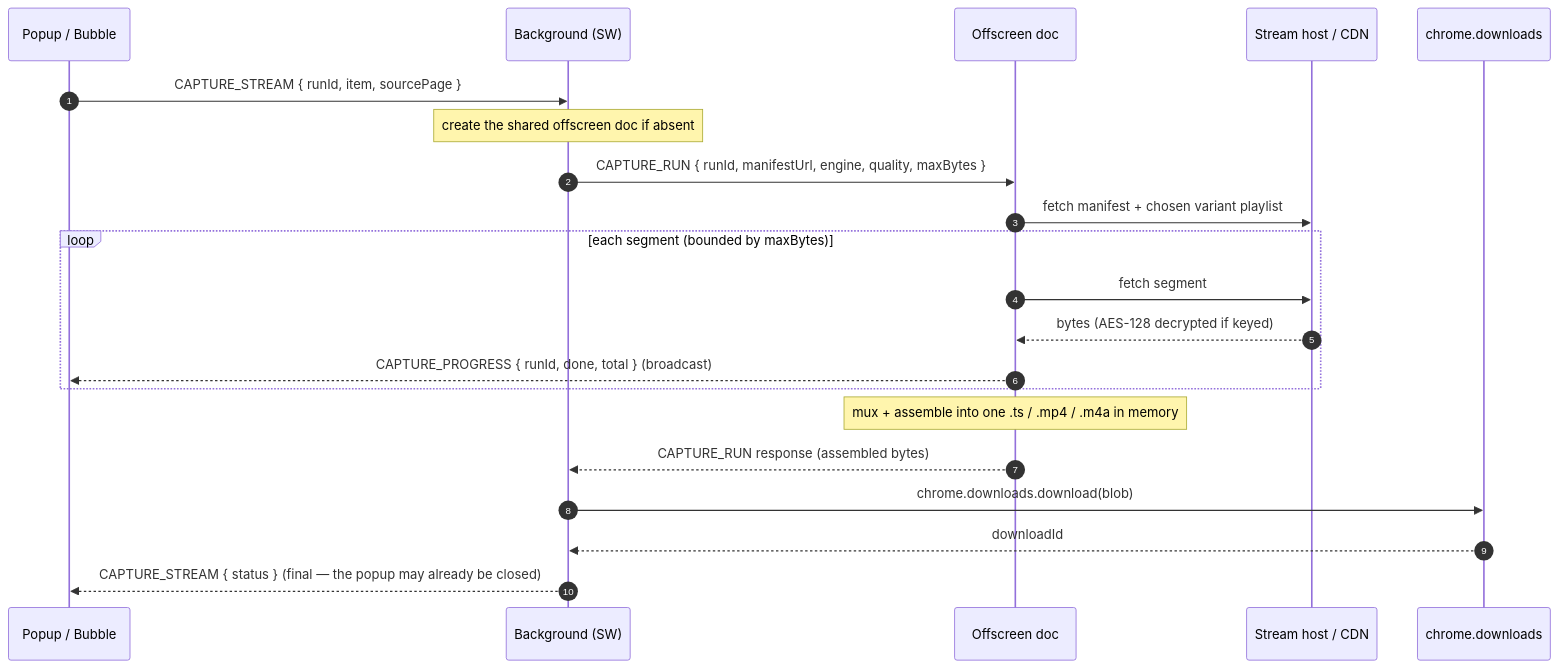
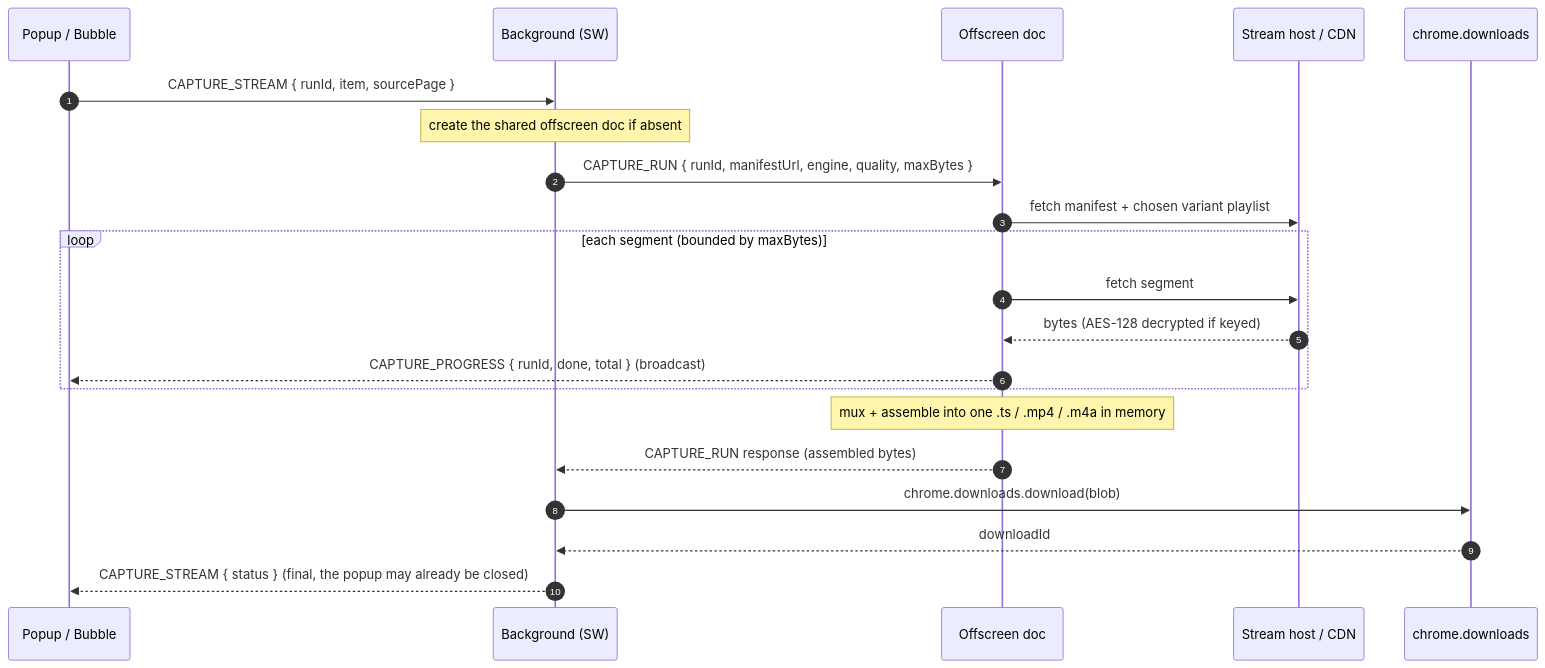
The second of 2 diagrams in docs/website/src/content/docs/how-it-works/architecture.md (mralaminahamed/media-bulk-downloads), drawn with Mermaid before and after one commit. The commit also changed other lines of this file and 49 other files, not shown here.

````diff
--- a/docs/website/src/content/docs/how-it-works/architecture.md
+++ b/docs/website/src/content/docs/how-it-works/architecture.md
@@ -187,26 +187,26 @@
 ```mermaid
 sequenceDiagram
   autonumber
   participant UI as Popup / Bubble
   participant BG as Background (SW)
   participant OS as Offscreen doc
   participant CDN as Stream host / CDN
   participant DL as chrome.downloads
 
   UI->>BG: CAPTURE_STREAM { runId, item, sourcePage }
   Note over BG: create the shared offscreen doc if absent
   BG->>OS: CAPTURE_RUN { runId, manifestUrl, engine, quality, maxBytes }
 
   OS->>CDN: fetch manifest + chosen variant playlist
   loop each segment (bounded by maxBytes)
     OS->>CDN: fetch segment
     CDN-->>OS: bytes (AES-128 decrypted if keyed)
     OS-->>UI: CAPTURE_PROGRESS { runId, done, total } (broadcast)
   end
   Note over OS: mux + assemble into one .ts / .mp4 / .m4a in memory
 
   OS-->>BG: CAPTURE_RUN response (assembled bytes)
   BG->>DL: chrome.downloads.download(blob)
   DL-->>BG: downloadId
-  BG-->>UI: CAPTURE_STREAM { status } (final — the popup may already be closed)
+  BG-->>UI: CAPTURE_STREAM { status } (final, the popup may already be closed)
 ```
````
